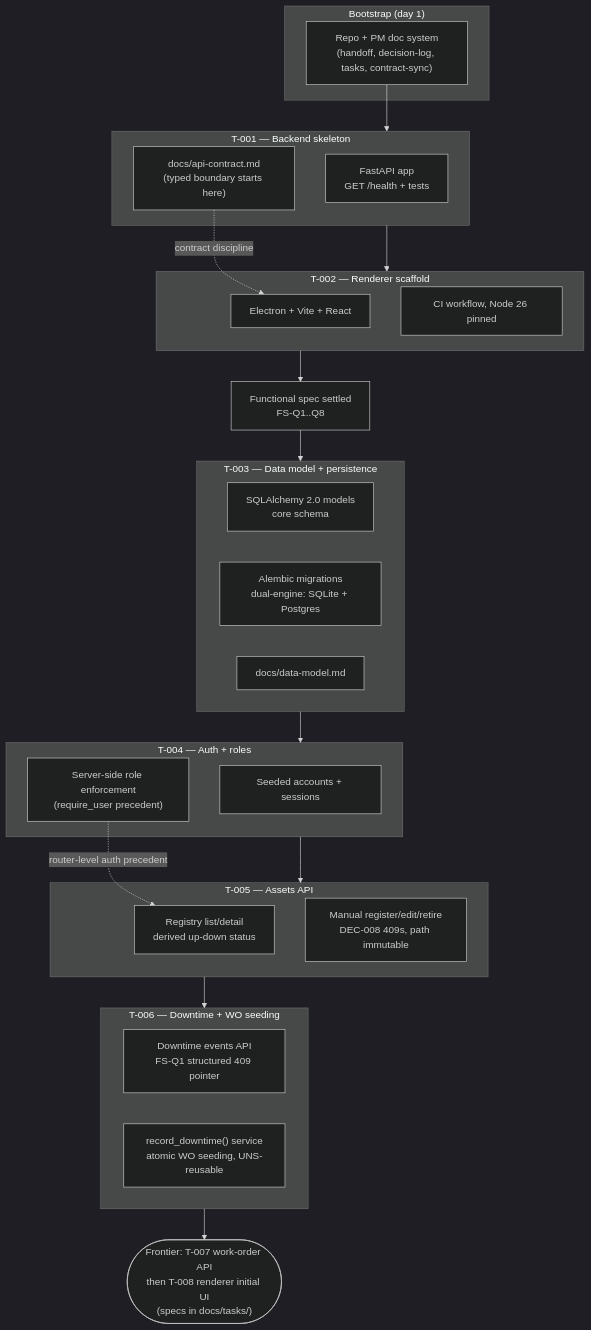
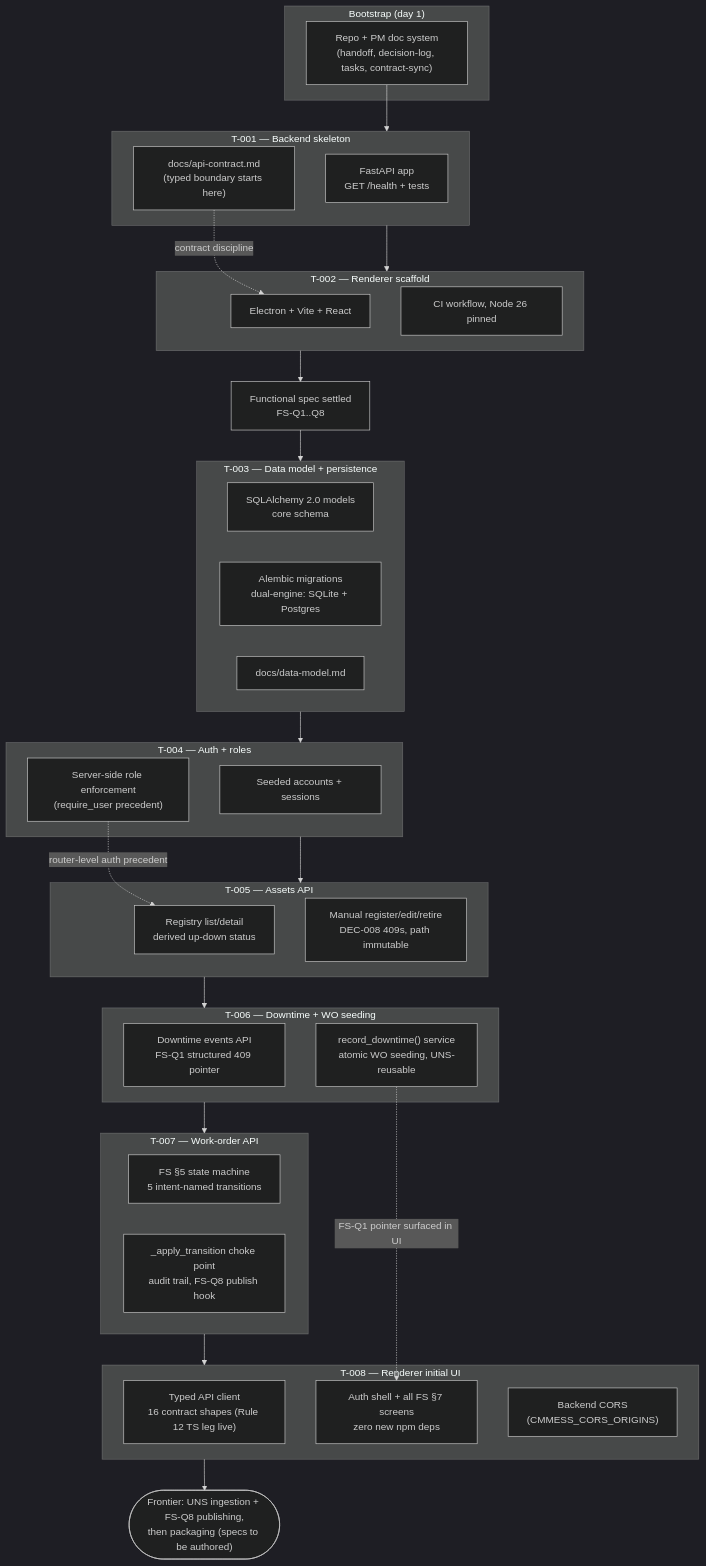
One commit to tpjozsef/agenticdevops-mini-cmms changed the third of 3 diagrams in docs/dev-history-temp.md. Above: the diagram before and after it, drawn with Mermaid (dark theme). The commit also changed other lines of this file, not shown here.

````diff
--- a/docs/dev-history-temp.md
+++ b/docs/dev-history-temp.md
@@ -75,41 +87,53 @@
 ```mermaid
 flowchart TD
   subgraph bootstrap["Bootstrap (day 1)"]
     B1["Repo + PM doc system<br/>(handoff, decision-log, tasks, contract-sync)"]
   end
   subgraph t001["T-001 — Backend skeleton"]
     A1["FastAPI app<br/>GET /health + tests"]
     A2["docs/api-contract.md<br/>(typed boundary starts here)"]
   end
   subgraph t002["T-002 — Renderer scaffold"]
     R1["Electron + Vite + React"]
     R2["CI workflow, Node 26 pinned"]
   end
   subgraph t003["T-003 — Data model + persistence"]
     D1["SQLAlchemy 2.0 models<br/>core schema"]
     D2["Alembic migrations<br/>dual-engine: SQLite + Postgres"]
     D3["docs/data-model.md"]
   end
   subgraph t004["T-004 — Auth + roles"]
     U1["Seeded accounts + sessions"]
     U2["Server-side role enforcement<br/>(require_user precedent)"]
   end
   subgraph t005["T-005 — Assets API"]
     S1["Registry list/detail<br/>derived up-down status"]
     S2["Manual register/edit/retire<br/>DEC-008 409s, path immutable"]
   end
   subgraph t006["T-006 — Downtime + WO seeding"]
     W1["Downtime events API<br/>FS-Q1 structured 409 pointer"]
     W2["record_downtime() service<br/>atomic WO seeding, UNS-reusable"]
   end
+  subgraph t007["T-007 — Work-order API"]
+    O1["FS §5 state machine<br/>5 intent-named transitions"]
+    O2["_apply_transition choke point<br/>audit trail, FS-Q8 publish hook"]
+  end
+  subgraph t008["T-008 — Renderer initial UI"]
+    F1["Typed API client<br/>16 contract shapes (Rule 12 TS leg live)"]
+    F2["Auth shell + all FS §7 screens<br/>zero new npm deps"]
+    F3["Backend CORS<br/>(CMMESS_CORS_ORIGINS)"]
+  end
   B1 --> t001
   t001 --> t002
   A2 -.->|contract discipline| R1
   t002 --> FS["Functional spec settled<br/>FS-Q1..Q8"]
   FS --> t003
   t003 --> t004
   t004 --> t005
   t005 --> t006
+  t006 --> t007
+  t007 --> t008
   U2 -.->|router-level auth precedent| S1
-  t006 --> NEXT(["Frontier: T-007 work-order API<br/>then T-008 renderer initial UI<br/>(specs in docs/tasks/)"])
+  W2 -.->|FS-Q1 pointer surfaced in UI| F2
+  t008 --> NEXT(["Frontier: UNS ingestion + FS-Q8 publishing,<br/>then packaging (specs to be authored)"])
 ```
````
